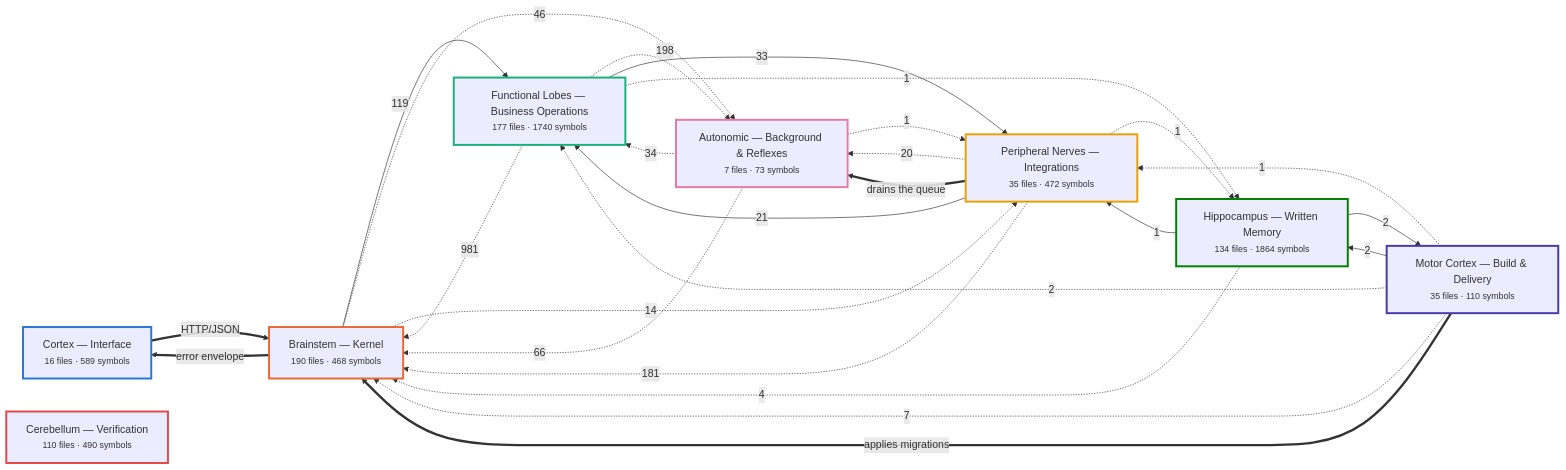
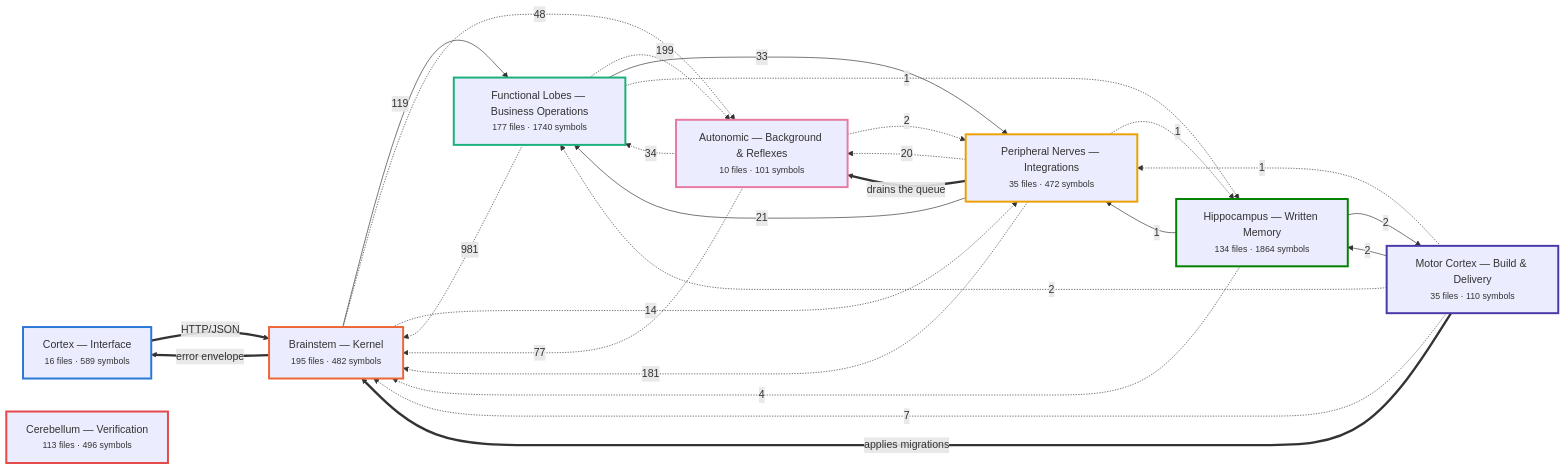
The first of 7 diagrams in docs/brain/BRAIN.md (Vishalnayak226/custom_erp), drawn with Mermaid before and after one commit. The commit also changed other lines of this file and 24 other files, not shown here.

````diff
--- a/docs/brain/BRAIN.md
+++ b/docs/brain/BRAIN.md
@@ -35,52 +35,52 @@
 ```mermaid
 flowchart LR
   n_cortex["Cortex — Interface<br/><small>16 files · 589 symbols</small>"]
-  n_brainstem["Brainstem — Kernel<br/><small>190 files · 468 symbols</small>"]
+  n_brainstem["Brainstem — Kernel<br/><small>195 files · 482 symbols</small>"]
   n_business["Functional Lobes — Business Operations<br/><small>177 files · 1740 symbols</small>"]
   n_peripheral["Peripheral Nerves — Integrations<br/><small>35 files · 472 symbols</small>"]
-  n_autonomic["Autonomic — Background & Reflexes<br/><small>7 files · 73 symbols</small>"]
+  n_autonomic["Autonomic — Background & Reflexes<br/><small>10 files · 101 symbols</small>"]
   n_memory["Hippocampus — Written Memory<br/><small>134 files · 1864 symbols</small>"]
   n_motor["Motor Cortex — Build & Delivery<br/><small>35 files · 110 symbols</small>"]
-  n_verification["Cerebellum — Verification<br/><small>110 files · 490 symbols</small>"]
+  n_verification["Cerebellum — Verification<br/><small>113 files · 496 symbols</small>"]
   n_business -.->|981| n_brainstem
-  n_business -.->|198| n_autonomic
+  n_business -.->|199| n_autonomic
   n_peripheral -.->|181| n_brainstem
   n_brainstem -->|119| n_business
-  n_autonomic -.->|66| n_brainstem
-  n_brainstem -.->|46| n_autonomic
+  n_autonomic -.->|77| n_brainstem
+  n_brainstem -.->|48| n_autonomic
   n_autonomic -.->|34| n_business
   n_business -->|33| n_peripheral
   n_peripheral -->|21| n_business
   n_peripheral -.->|20| n_autonomic
   n_brainstem -.->|14| n_peripheral
   n_motor -.->|7| n_brainstem
   n_memory -.->|4| n_brainstem
+  n_memory -->|2| n_motor
+  n_autonomic -.->|2| n_peripheral
+  n_motor -->|2| n_memory
   n_motor -.->|2| n_business
-  n_memory -->|2| n_motor
-  n_motor -->|2| n_memory
+  n_memory -->|1| n_peripheral
   n_peripheral -.->|1| n_memory
-  n_memory -->|1| n_peripheral
-  n_autonomic -.->|1| n_peripheral
+  n_business -.->|1| n_memory
   n_motor -.->|1| n_peripheral
-  n_business -.->|1| n_memory
   n_brainstem ==>|error envelope| n_cortex
   n_cortex ==>|HTTP/JSON| n_brainstem
   n_motor ==>|applies migrations| n_brainstem
   n_peripheral ==>|drains the queue| n_autonomic
   classDef n_cortex stroke:#2a78d6,stroke-width:3px;
   class n_cortex n_cortex;
   classDef n_brainstem stroke:#eb6834,stroke-width:3px;
   class n_brainstem n_brainstem;
   classDef n_business stroke:#1baf7a,stroke-width:3px;
   class n_business n_business;
   classDef n_peripheral stroke:#eda100,stroke-width:3px;
   class n_peripheral n_peripheral;
   classDef n_autonomic stroke:#e87ba4,stroke-width:3px;
   class n_autonomic n_autonomic;
   classDef n_memory stroke:#008300,stroke-width:3px;
   class n_memory n_memory;
   classDef n_motor stroke:#4a3aa7,stroke-width:3px;
   class n_motor n_motor;
   classDef n_verification stroke:#e34948,stroke-width:3px;
   class n_verification n_verification;
 ```
````
